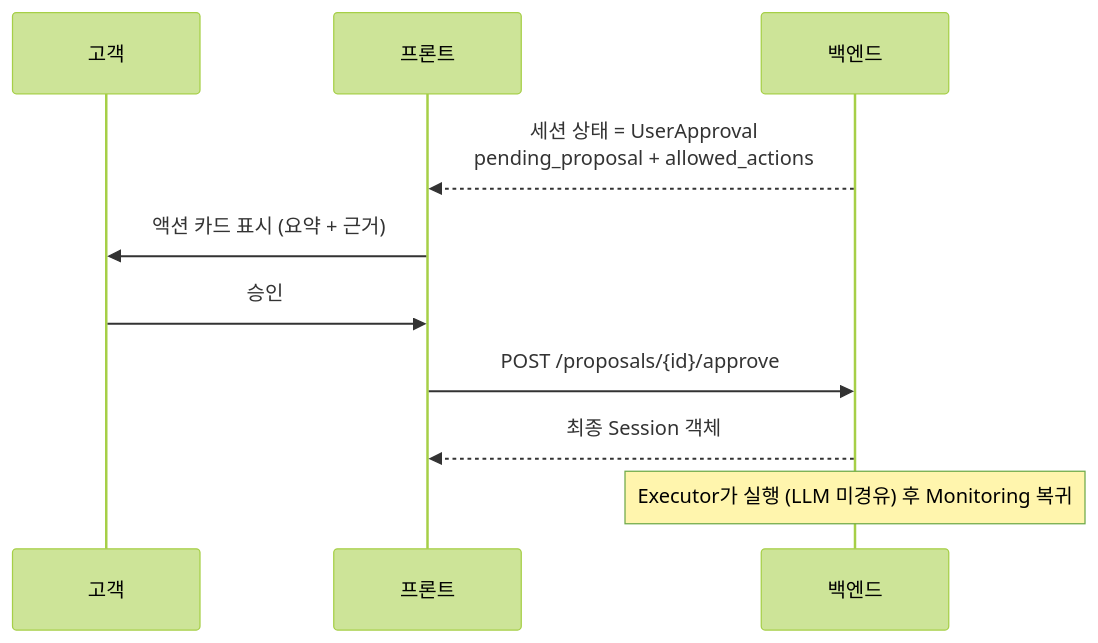
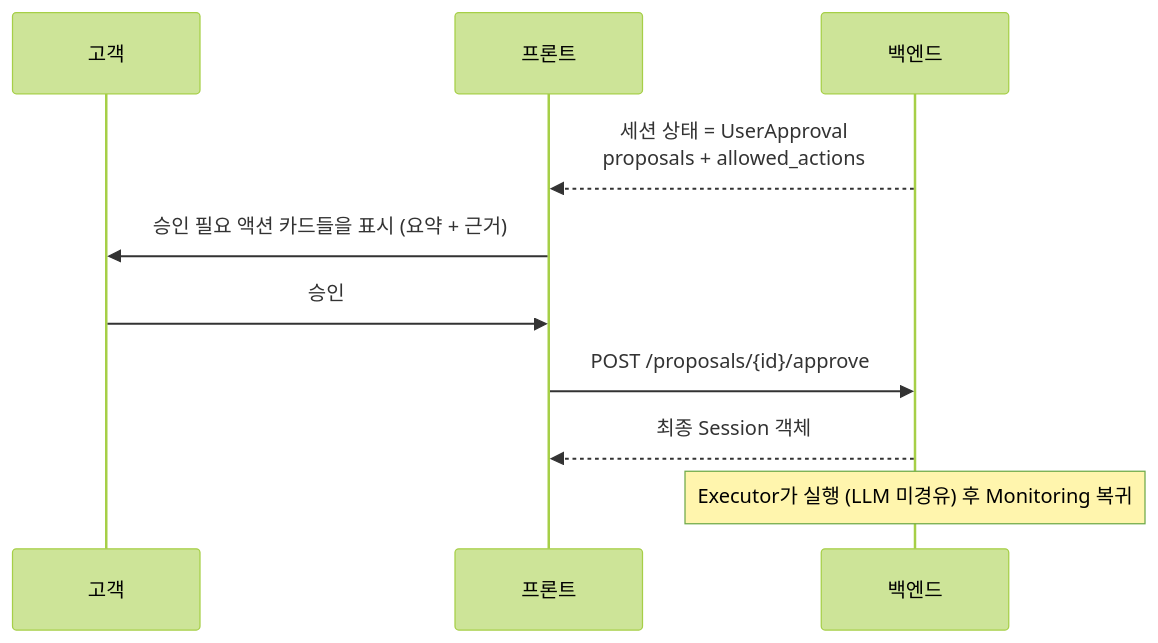
One commit to YoonMin02/JB-WM-frontend changed the second of 2 diagrams in README.md. Above: the diagram before and after it, drawn with Mermaid (forest theme). The commit also changed other lines of this file and 5 other files, not shown here.

````diff
--- a/README.md
+++ b/README.md
@@ -82,13 +83,13 @@
 ```mermaid
 sequenceDiagram
     participant U as 고객
     participant FE as 프론트
     participant BE as 백엔드
 
-    BE-->>FE: 세션 상태 = UserApproval<br/>pending_proposal + allowed_actions
-    FE->>U: 액션 카드 표시 (요약 + 근거)
+    BE-->>FE: 세션 상태 = UserApproval<br/>proposals + allowed_actions
+    FE->>U: 승인 필요 액션 카드들을 표시 (요약 + 근거)
     U->>FE: 승인
     FE->>BE: POST /proposals/{id}/approve
     BE-->>FE: 최종 Session 객체
     Note over BE: Executor가 실행 (LLM 미경유) 후 Monitoring 복귀
 ```
````
